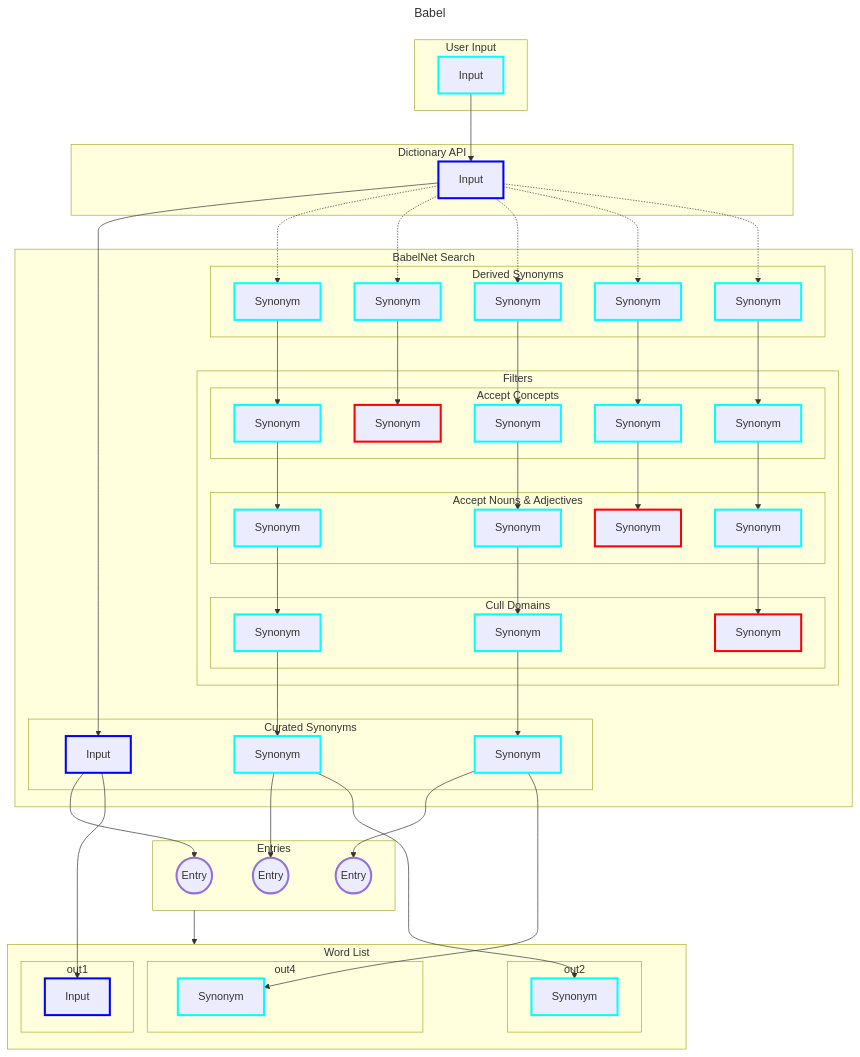
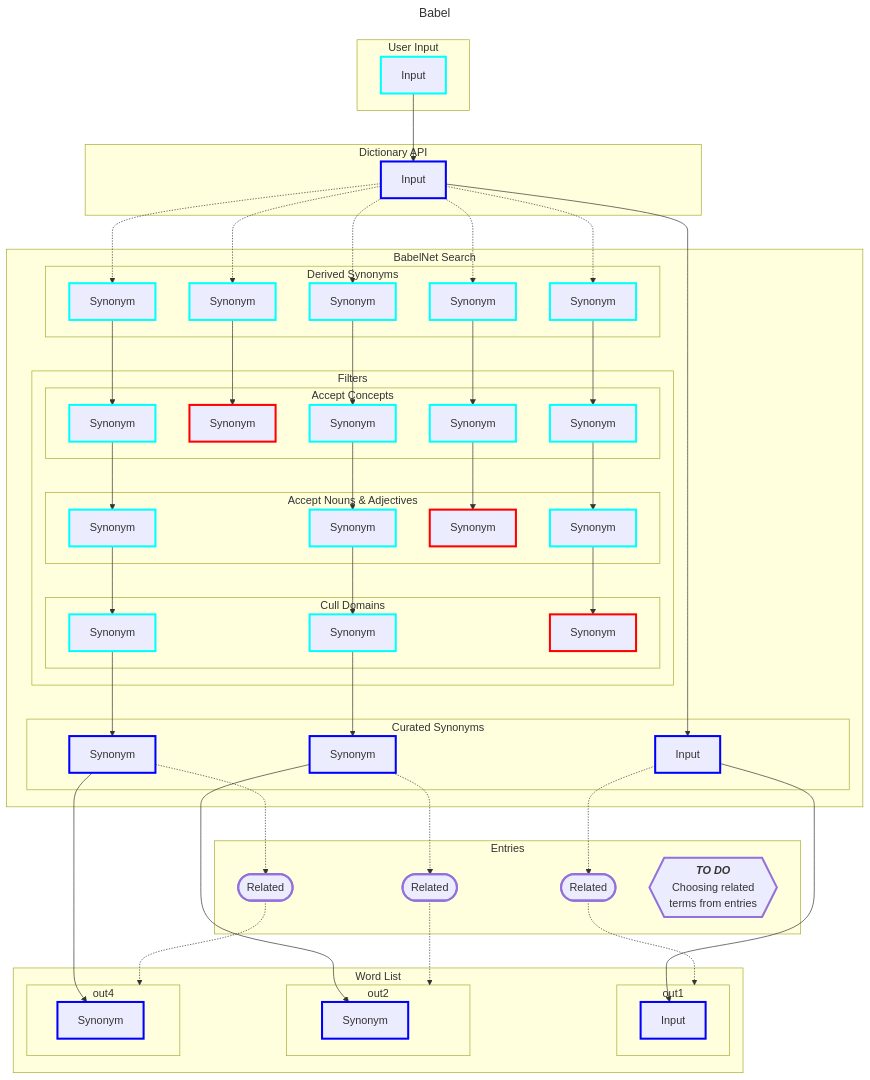
Before and after one commit to JasonWarrenUK/got-my-back: the third of 4 diagrams in docs/FLOW.md, drawn with Mermaid. The commit also changed other lines of this file, not shown here.

Commit message:
docs: Synonym flow complete

```diff
--- a/docs/FLOW.md
+++ b/docs/FLOW.md
@@ -178,34 +179,43 @@
 
         subgraph inSynCur["`Curated Synonyms`"]
             inSynCur1["`Input`"]:::isFin
-            inSynCur2["`Synonym`"]:::isYes
-            inSynCur4["`Synonym`"]:::isYes
+            inSynCur2["`Synonym`"]:::isFin
+            inSynCur4["`Synonym`"]:::isFin
         end
     end
 
-    inSynCur1 --> midHub1 & out1_1
-        inSynCur2 --> midHub2 & out2_1
-        inSynCur4 --> midHub4 & out4_1
+    inSynCur1 --> out1_1
+        inSynCur2 --> out2_1
+        inSynCur4 --> out4_1
+
+    inSynCur1 -.-> midHub1
+        inSynCur2 -.-> midHub2
+        inSynCur4 -.-> midHub4
 
     subgraph mid["`Entries`"]
-        midHub1(("`Entry`"))
-        midHub2(("`Entry`"))
-        midHub4(("`Entry`"))
+        midInfo{{"`***TO DO***
+            Choosing related
+            terms from entries`"}}
+        midHub1(["`Related`"])
+        midHub2(["`Related`"])
+        midHub4(["`Related`"])
     end
 
-    mid --> out
+    midHub1 -.-> out1
+        midHub2 -.-> out2
+        midHub4 -.-> out4
 
     subgraph out["`Word List`"]
         subgraph out1
             out1_1["`Input`"]:::isFin
         end
-        
+
         subgraph out2
-            out2_1["`Synonym`"]:::isYes
+            out2_1["`Synonym`"]:::isFin
         end
-        
+
         subgraph out4
-            out4_1["`Synonym`"]:::isYes
+            out4_1["`Synonym`"]:::isFin
         end
     end
 
```
